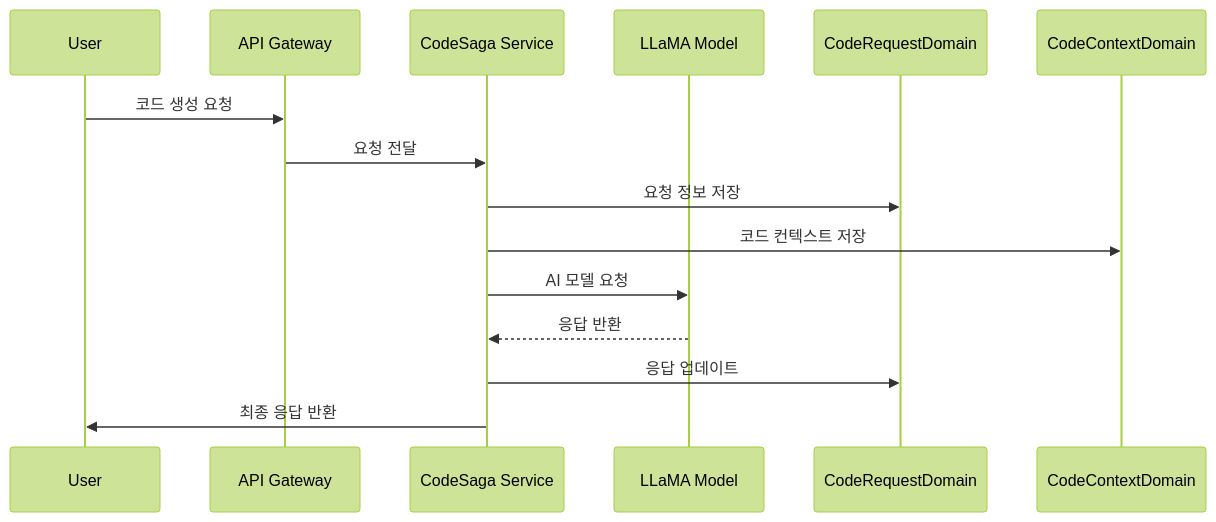
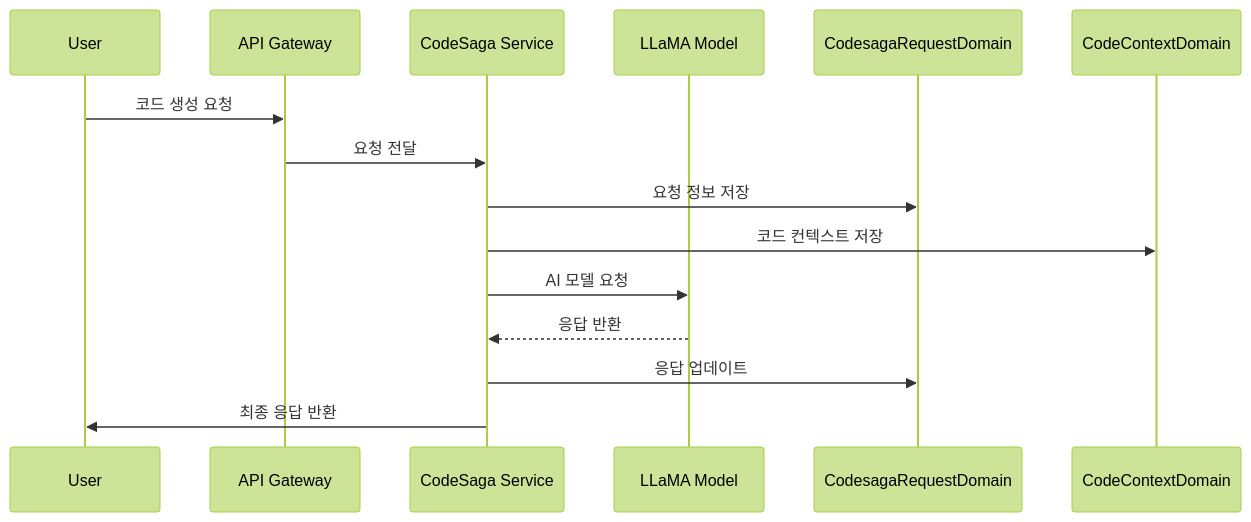
The first of 2 diagrams in README.md (devonyou/codesaga), drawn with Mermaid (forest theme) before and after one commit. The commit also changed other lines of this file and 41 other files, not shown here.

````diff
--- a/README.md
+++ b/README.md
@@ -132,16 +132,16 @@
 ```mermaid
 sequenceDiagram
     participant User
     participant API Gateway
     participant CodeSaga Service
     participant LLaMA Model
 
     User->>API Gateway: 코드 생성 요청
     API Gateway->>CodeSaga Service: 요청 전달
-    CodeSaga Service->>CodeRequestDomain: 요청 정보 저장
+    CodeSaga Service->>CodesagaRequestDomain: 요청 정보 저장
     CodeSaga Service->>CodeContextDomain: 코드 컨텍스트 저장
     CodeSaga Service->>LLaMA Model: AI 모델 요청
     LLaMA Model-->>CodeSaga Service: 응답 반환
-    CodeSaga Service->>CodeRequestDomain: 응답 업데이트
+    CodeSaga Service->>CodesagaRequestDomain: 응답 업데이트
     CodeSaga Service->>User: 최종 응답 반환
 ```
````
